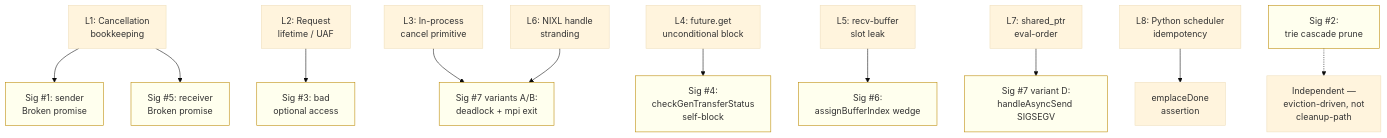
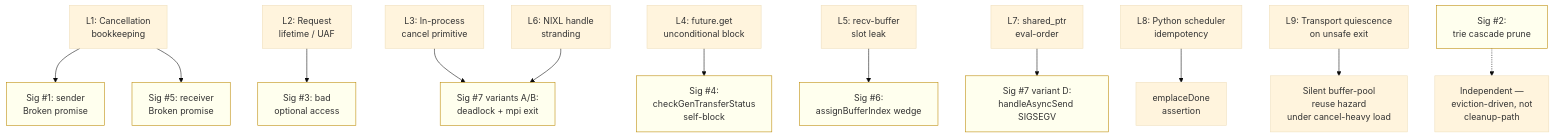
One commit to chienchunhung/TensorRT-LLM changed the diagram in docs/investigations/nvbug-6104831-disagg-permanent-wedge/03-defect-class-stack.md. Above: the diagram before and after it, drawn with Mermaid (base theme). The commit also changed other lines of this file and 5 other files, not shown here.

````diff
--- a/docs/investigations/nvbug-6104831-disagg-permanent-wedge/03-defect-class-stack.md
+++ b/docs/investigations/nvbug-6104831-disagg-permanent-wedge/03-defect-class-stack.md
@@ -67,33 +79,35 @@
 ```mermaid
 graph TB
     L1[L1: Cancellation<br/>bookkeeping] --> SIG1
     L1 --> SIG5
     SIG1[Sig #1: sender<br/>Broken promise]
     SIG5[Sig #5: receiver<br/>Broken promise]
 
     L2[L2: Request<br/>lifetime / UAF] --> SIG3
     SIG3[Sig #3: bad<br/>optional access]
 
     L3[L3: In-process<br/>cancel primitive] --> SIG7A
     SIG7A[Sig #7 variants A/B:<br/>deadlock + mpi exit]
 
     L4[L4: future.get<br/>unconditional block] --> SIG4
     SIG4[Sig #4:<br/>checkGenTransferStatus<br/>self-block]
 
     L5[L5: recv-buffer<br/>slot leak] --> SIG6
     SIG6[Sig #6:<br/>assignBufferIndex wedge]
 
     L6[L6: NIXL handle<br/>stranding] --> SIG7A
 
     L7[L7: shared_ptr<br/>eval-order] --> SIG7D
     SIG7D[Sig #7 variant D:<br/>handleAsyncSend SIGSEGV]
 
     L8[L8: Python scheduler<br/>idempotency] --> EMPLACE[emplaceDone<br/>assertion]
 
+    L9[L9: Transport quiescence<br/>on unsafe exit] --> CORRUPT[Silent buffer-pool<br/>reuse hazard<br/>under cancel-heavy load]
+
     SIG2[Sig #2:<br/>trie cascade prune]
     INDEPENDENT[Independent —<br/>eviction-driven, not<br/>cleanup-path]
     SIG2 -.-> INDEPENDENT
 
     classDef sig fill:#ffe,stroke:#b80
     class SIG1,SIG2,SIG3,SIG4,SIG5,SIG6,SIG7A,SIG7D sig
 ```
````
